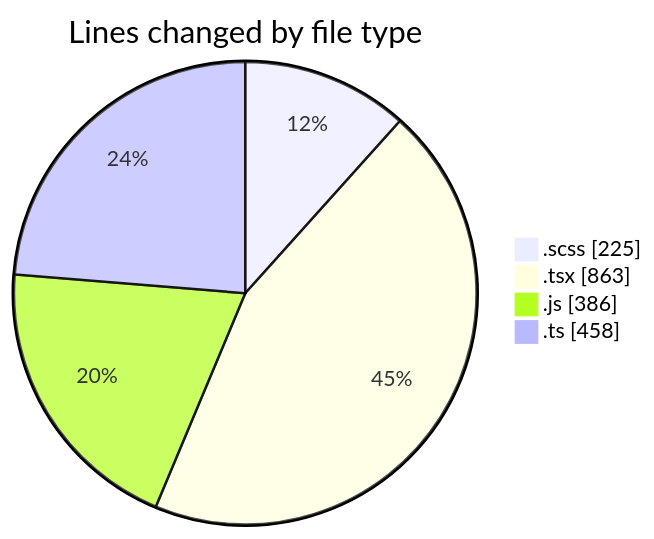
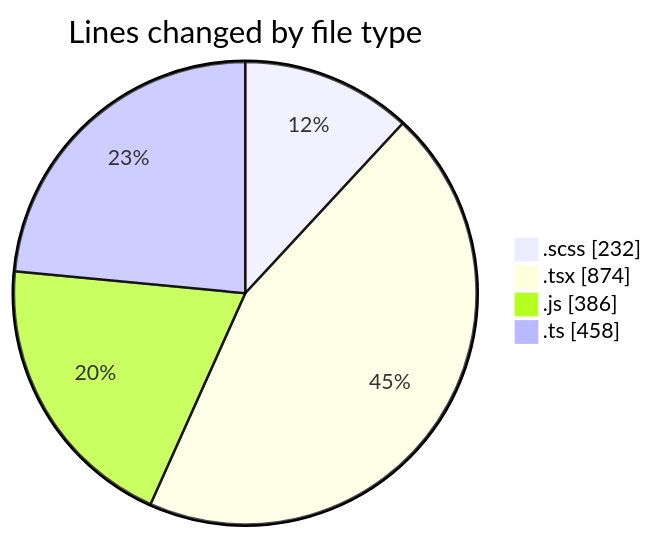
The first of 2 diagrams in 2025-03-14/cda/README.md (momahboobian/code-tracking), drawn with Mermaid before and after one commit. The commit also changed other lines of this file and 1 other file, not shown here.

````diff
--- a/2025-03-14/cda/README.md
+++ b/2025-03-14/cda/README.md
@@ -34,8 +34,8 @@
 ```mermaid
 pie showData
 title Lines changed by file type
-".scss" : 225
-".tsx" : 863
+".scss" : 232
+".tsx" : 874
 ".js" : 386
 ".ts" : 458
 ```
````
